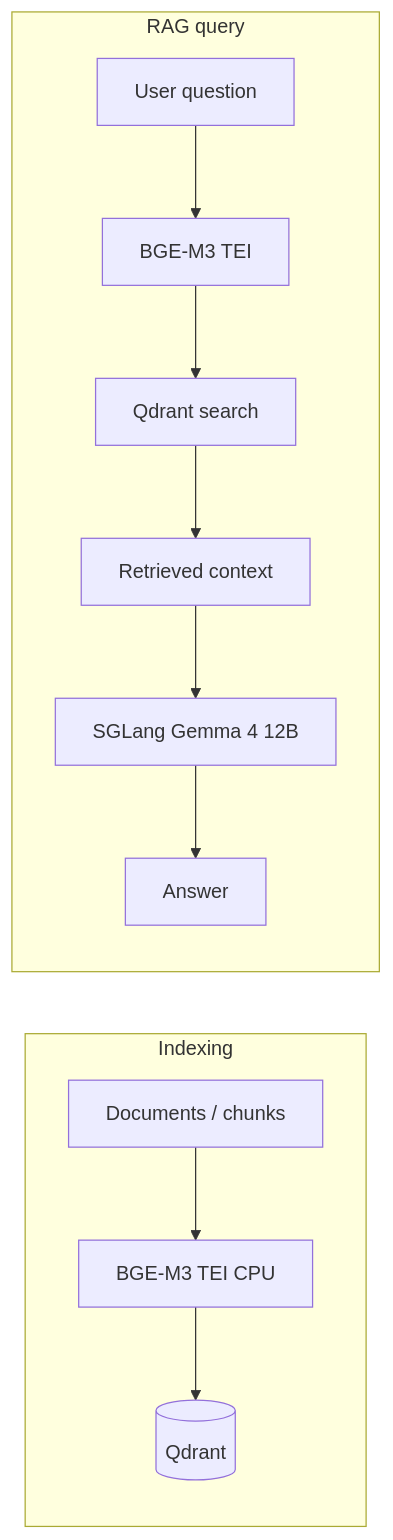
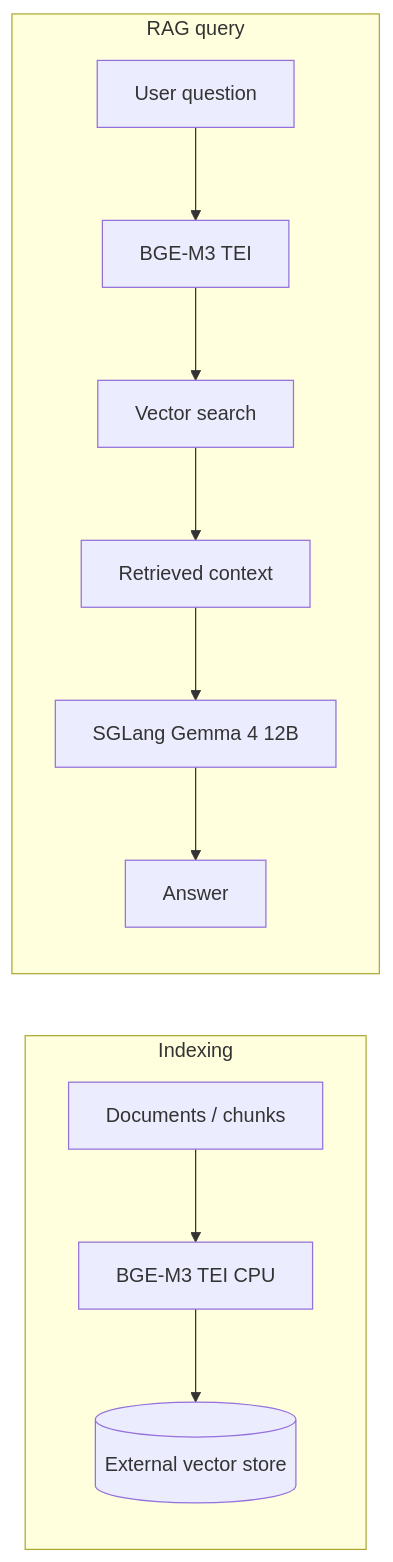
Before and after one commit to yoosungung/k8s-test: the diagram in README.md, drawn with Mermaid. The commit also changed other lines of this file and 4 other files, not shown here.

````diff
--- a/README.md
+++ b/README.md
@@ -598,14 +592,14 @@
 ```mermaid
 flowchart LR
   subgraph ingest [Indexing]
     Docs[Documents / chunks] --> TEI[BGE-M3 TEI CPU]
-    TEI --> Qdrant[(Qdrant)]
+    TEI --> Store[(External vector store)]
   end
   subgraph query [RAG query]
     Q[User question] --> TEI2[BGE-M3 TEI]
-    TEI2 --> Search[Qdrant search]
+    TEI2 --> Search[Vector search]
     Search --> Ctx[Retrieved context]
     Ctx --> LLM[SGLang Gemma 4 12B]
     LLM --> Ans[Answer]
   end
 ```
````
